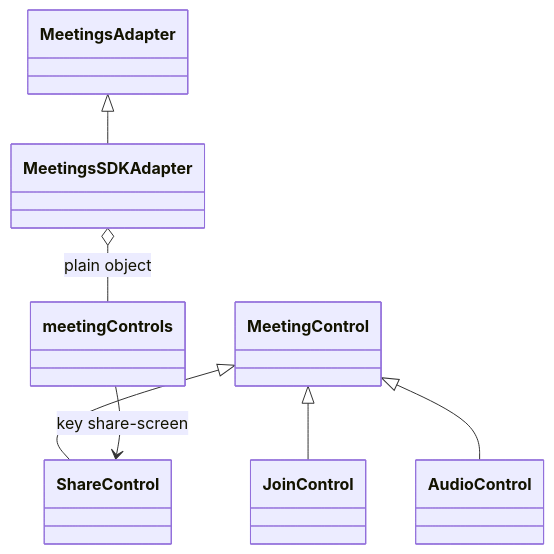
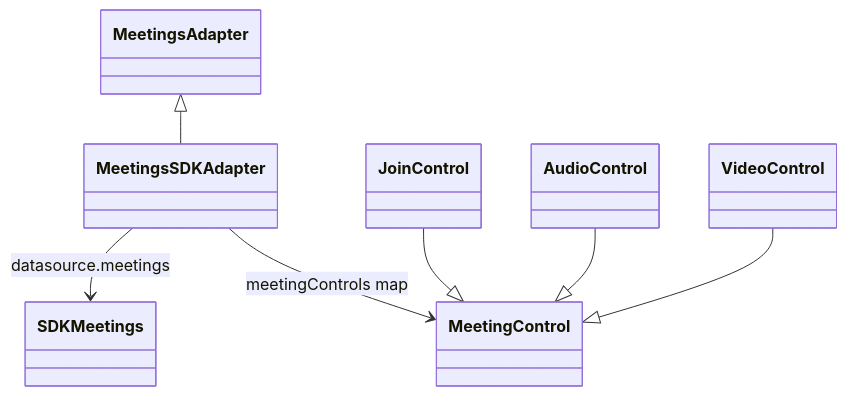
One commit to webex/sdk-component-adapter changed the fifth of 6 diagrams in src/ai-docs/meetings-sdk-adapter-spec.md. Above: the diagram before and after it, drawn with Mermaid. The commit also changed other lines of this file and 13 other files, not shown here.

````diff
--- a/src/ai-docs/meetings-sdk-adapter-spec.md
+++ b/src/ai-docs/meetings-sdk-adapter-spec.md
@@ -166,9 +230,9 @@
 ```mermaid
 classDiagram
   MeetingsAdapter <|-- MeetingsSDKAdapter
-  MeetingControl <|-- JoinControl
-  MeetingControl <|-- ShareControl
-  MeetingControl <|-- AudioControl
-  MeetingsSDKAdapter o-- meetingControls : plain object
-  meetingControls --> ShareControl : key share-screen
+  MeetingsSDKAdapter --> MeetingControl : meetingControls map
+  MeetingsSDKAdapter --> SDKMeetings : datasource.meetings
+  JoinControl --|> MeetingControl
+  AudioControl --|> MeetingControl
+  VideoControl --|> MeetingControl
 ```
````
